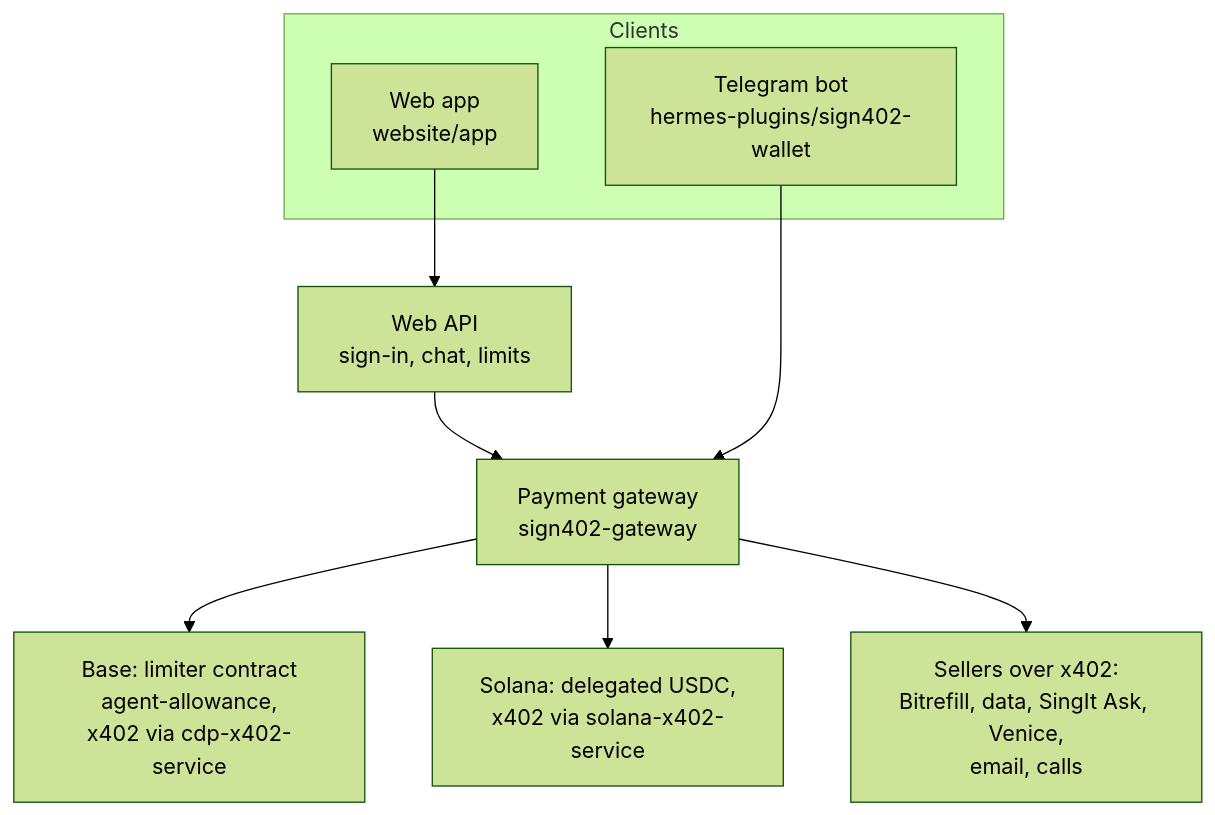
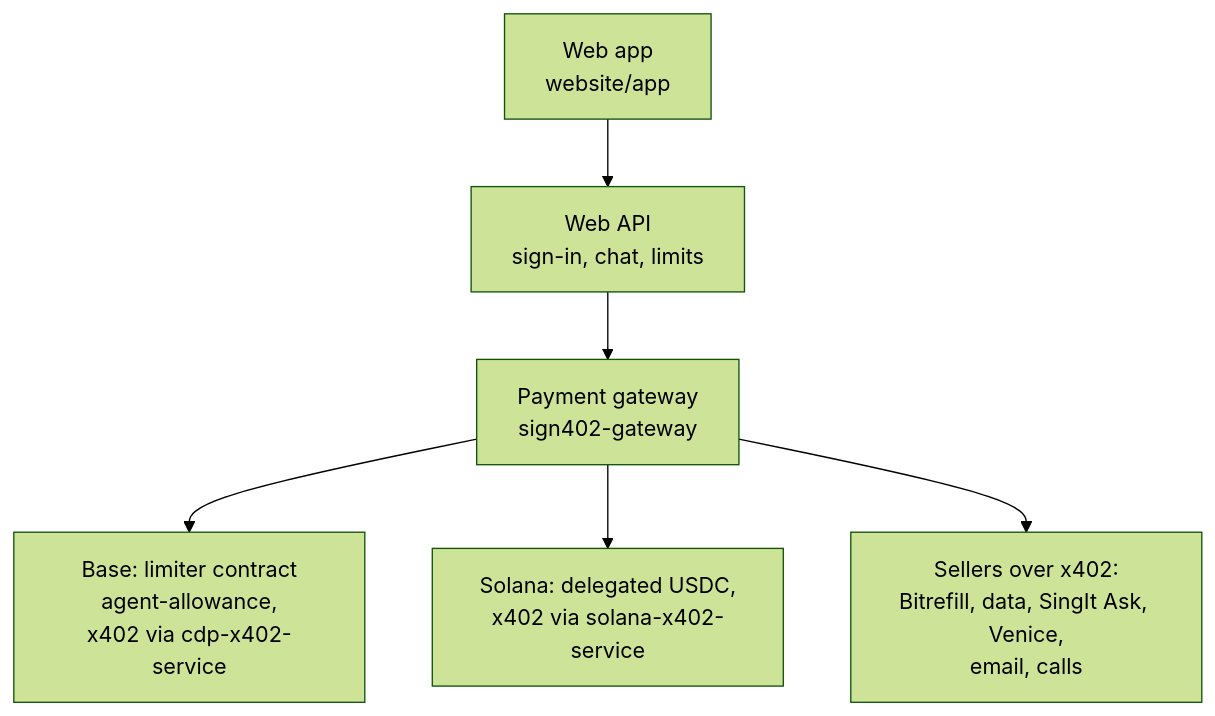
One commit to bubon-ik/SingItAI changed the third of 3 diagrams in README.md. Above: the diagram before and after it, drawn with Mermaid (forest theme). The commit also changed other lines of this file, not shown here.

First line of the commit message:
docs: leave the Telegram bot out of the README

````diff
--- a/README.md
+++ b/README.md
@@ -155,13 +134,8 @@
 ```mermaid
 flowchart TB
-    subgraph Clients
-        Web["Web app<br/>website/app"]
-        TG["Telegram bot<br/>hermes-plugins/sign402-wallet"]
-    end
-    Web --> API["Web API<br/>sign-in, chat, limits"]
+    Web["Web app<br/>website/app"] --> API["Web API<br/>sign-in, chat, limits"]
     API --> GW["Payment gateway<br/>sign402-gateway"]
-    TG --> GW
     GW --> Base["Base: limiter contract<br/>agent-allowance,<br/>x402 via cdp-x402-service"]
     GW --> Sol["Solana: delegated USDC,<br/>x402 via solana-x402-service"]
     GW --> Sellers["Sellers over x402:<br/>Bitrefill, data, SingIt Ask, Venice,<br/>email, calls"]
 ```
````
